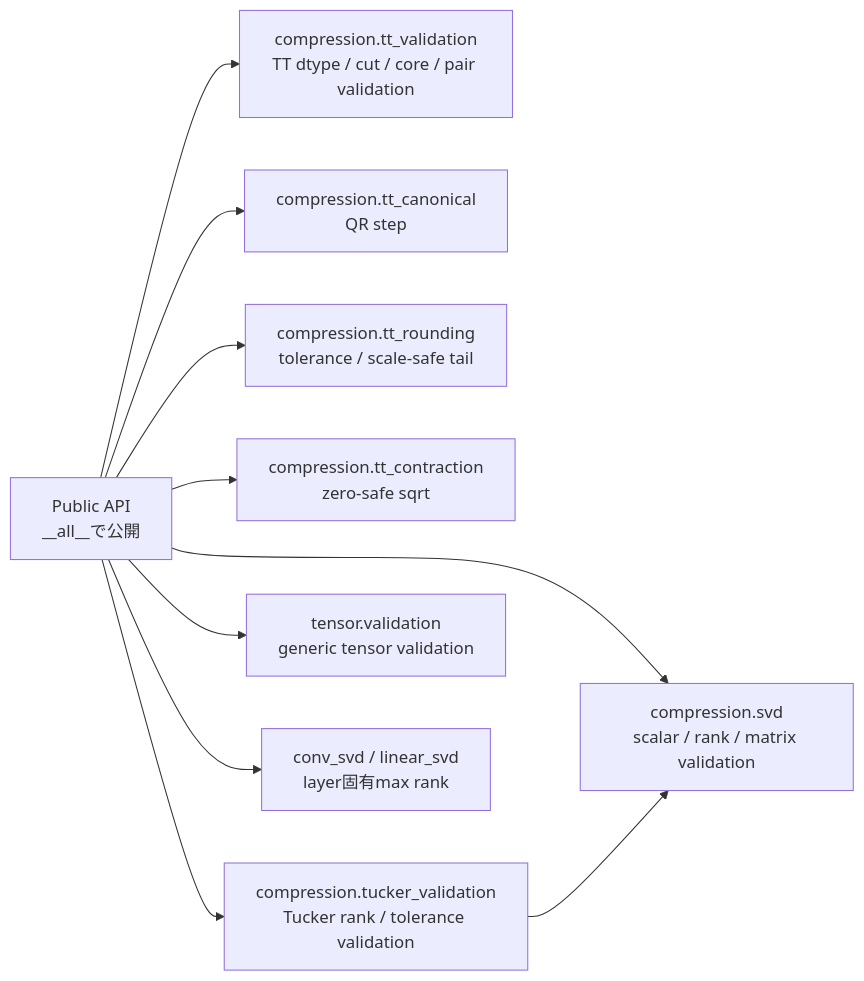
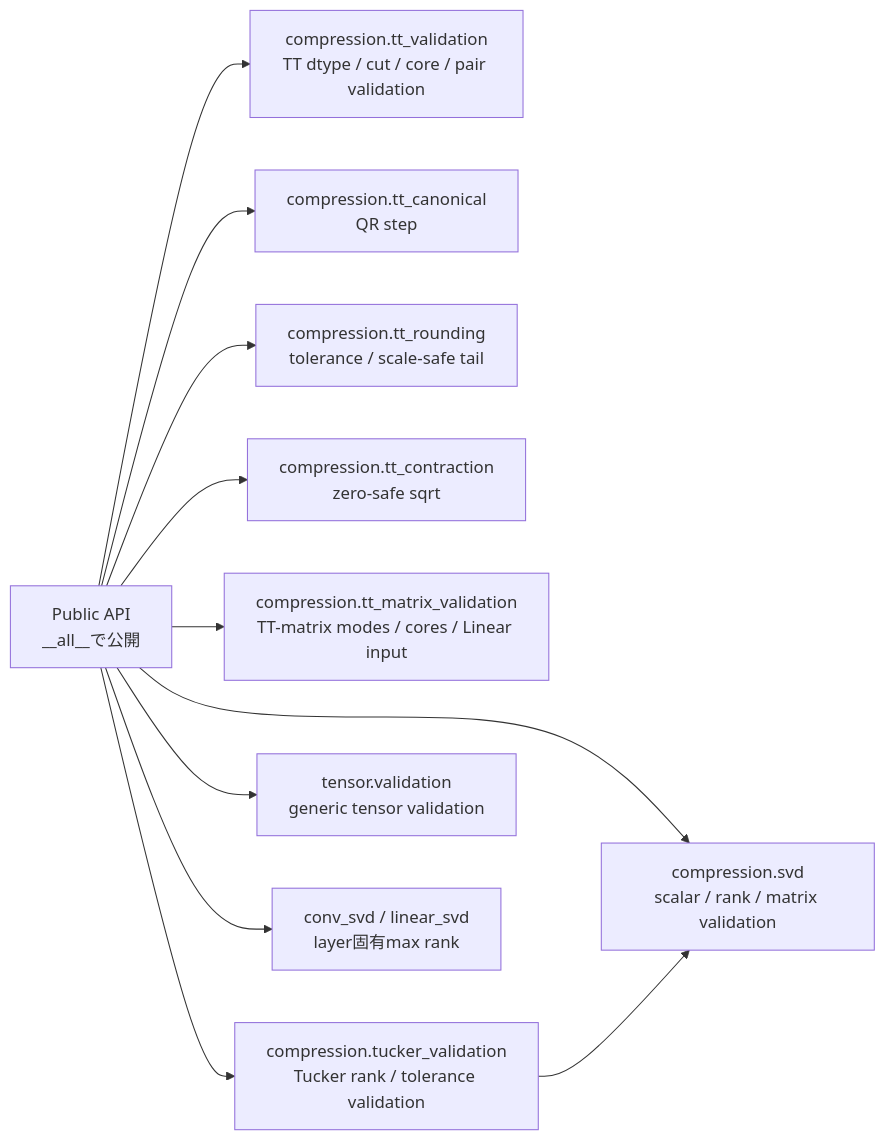
One commit to astrare2480/nn-compression-svd-dmrg changed the diagram in docs/90_src設計/05_Core_API_v1/Internal_API.md. Above: the diagram before and after it, drawn with Mermaid. The commit also changed other lines of this file and 22 other files, not shown here.

````diff
--- a/docs/90_src設計/05_Core_API_v1/Internal_API.md
+++ b/docs/90_src設計/05_Core_API_v1/Internal_API.md
@@ -13,22 +13,24 @@
 ```mermaid
 flowchart LR
     Public["Public API<br/>__all__で公開"]
     SVD["compression.svd<br/>scalar / rank / matrix validation"]
     TT["compression.tt_validation<br/>TT dtype / cut / core / pair validation"]
     Canonical["compression.tt_canonical<br/>QR step"]
     Rounding["compression.tt_rounding<br/>tolerance / scale-safe tail"]
     Contraction["compression.tt_contraction<br/>zero-safe sqrt"]
+    TTMatrix["compression.tt_matrix_validation<br/>TT-matrix modes / cores / Linear input"]
     Tucker["compression.tucker_validation<br/>Tucker rank / tolerance validation"]
     Tensor["tensor.validation<br/>generic tensor validation"]
     Layer["conv_svd / linear_svd<br/>layer固有max rank"]
 
     Public --> SVD
     Public --> TT
     Public --> Canonical
     Public --> Rounding
     Public --> Contraction
+    Public --> TTMatrix
     Public --> Tucker
     Public --> Tensor
     Public --> Layer
     Tucker --> SVD
 ```
````
